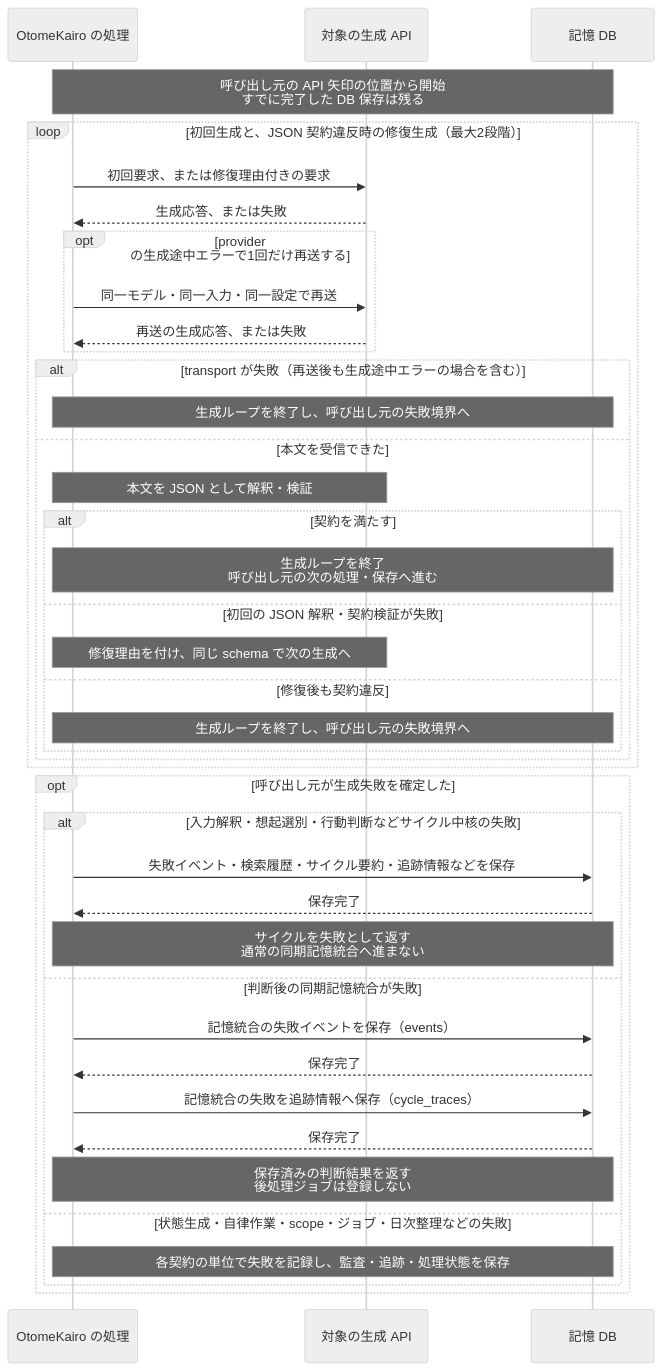
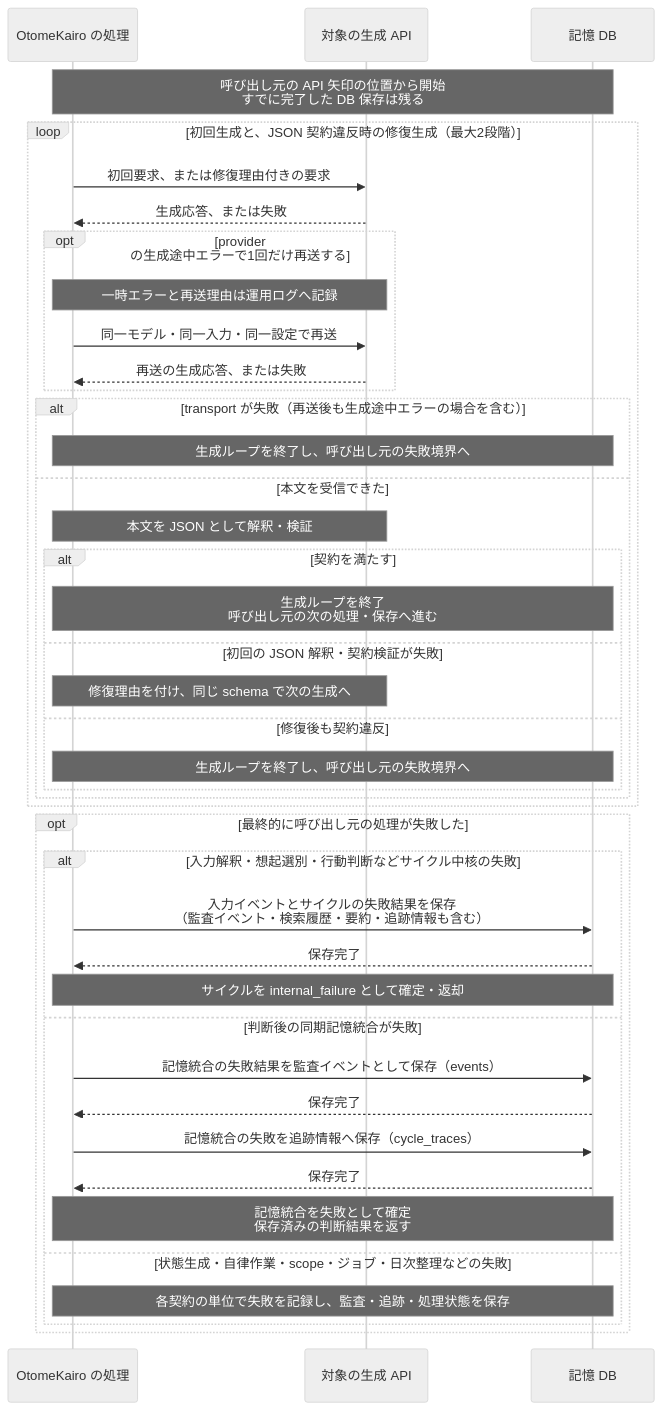
One commit to hirona98/OtomeKairo changed the seventh of 7 diagrams in docs/design/llm/LLM呼び出しシーケンス.md. Above: the diagram before and after it, drawn with Mermaid (neutral theme). The commit also changed other lines of this file and 10 other files, not shown here.

````diff
--- a/docs/design/llm/LLM呼び出しシーケンス.md
+++ b/docs/design/llm/LLM呼び出しシーケンス.md
@@ -546,44 +538,45 @@
 ```mermaid
 sequenceDiagram
     participant C as OtomeKairo の処理
     participant L as 対象の生成 API
     participant D as 記憶 DB
 
     Note over C,D: 呼び出し元の API 矢印の位置から開始<br>すでに完了した DB 保存は残る
     loop 初回生成と、JSON 契約違反時の修復生成（最大2段階）
         C->>L: 初回要求、または修復理由付きの要求
         L-->>C: 生成応答、または失敗
         opt provider の生成途中エラーで1回だけ再送する
+            Note over C,L: 一時エラーと再送理由は運用ログへ記録
             C->>L: 同一モデル・同一入力・同一設定で再送
             L-->>C: 再送の生成応答、または失敗
         end
         alt transport が失敗（再送後も生成途中エラーの場合を含む）
             Note over C,D: 生成ループを終了し、呼び出し元の失敗境界へ
         else 本文を受信できた
             Note over C,L: 本文を JSON として解釈・検証
             alt 契約を満たす
                 Note over C,D: 生成ループを終了<br>呼び出し元の次の処理・保存へ進む
             else 初回の JSON 解釈・契約検証が失敗
                 Note over C,L: 修復理由を付け、同じ schema で次の生成へ
             else 修復後も契約違反
                 Note over C,D: 生成ループを終了し、呼び出し元の失敗境界へ
             end
         end
     end
 
-    opt 呼び出し元が生成失敗を確定した
+    opt 最終的に呼び出し元の処理が失敗した
         alt 入力解釈・想起選別・行動判断などサイクル中核の失敗
-            C->>D: 失敗イベント・検索履歴・サイクル要約・追跡情報などを保存
+            C->>D: 入力イベントとサイクルの失敗結果を保存<br>（監査イベント・検索履歴・要約・追跡情報も含む）
             D-->>C: 保存完了
-            Note over C,D: サイクルを失敗として返す<br>通常の同期記憶統合へ進まない
+            Note over C,D: サイクルを internal_failure として確定・返却
         else 判断後の同期記憶統合が失敗
-            C->>D: 記憶統合の失敗イベントを保存（events）
+            C->>D: 記憶統合の失敗結果を監査イベントとして保存（events）
             D-->>C: 保存完了
             C->>D: 記憶統合の失敗を追跡情報へ保存（cycle_traces）
             D-->>C: 保存完了
-            Note over C,D: 保存済みの判断結果を返す<br>後処理ジョブは登録しない
+            Note over C,D: 記憶統合を失敗として確定<br>保存済みの判断結果を返す
         else 状態生成・自律作業・scope・ジョブ・日次整理などの失敗
             Note over C,D: 各契約の単位で失敗を記録し、監査・追跡・処理状態を保存
         end
     end
 ```
````
